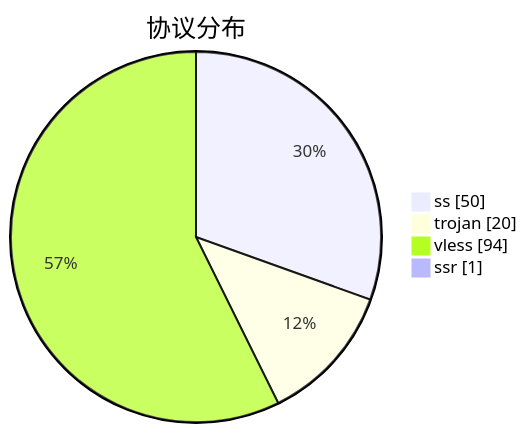
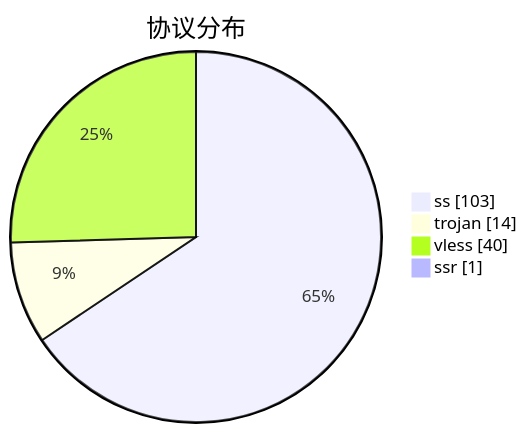
One commit to qjlxg/airport changed the third of 3 diagrams in subs/statistics/tested_within.md. Above: the diagram before and after it, drawn with Mermaid. The commit also changed other lines of this file and 2 other files, not shown here.

````diff
--- a/subs/statistics/tested_within.md
+++ b/subs/statistics/tested_within.md
@@ -18,8 +16,8 @@
 ```mermaid
 pie showData
 title 协议分布
-"ss" : 50
-"trojan" : 20
-"vless" : 94
+"ss" : 103
+"trojan" : 14
+"vless" : 40
 "ssr" : 1
 ```
````
